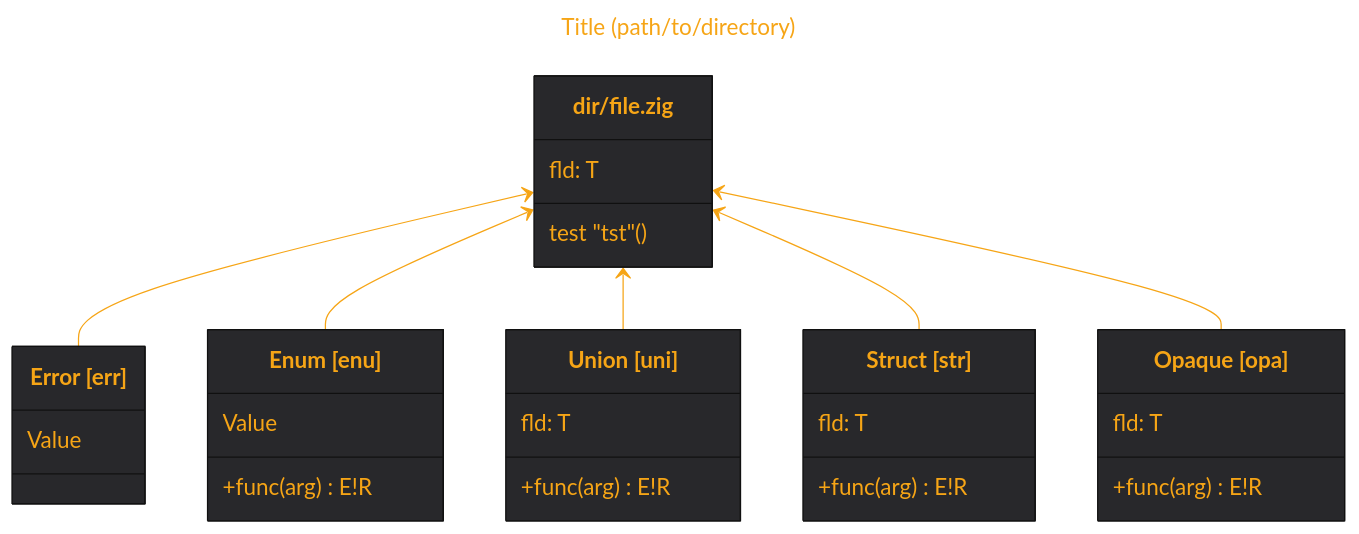
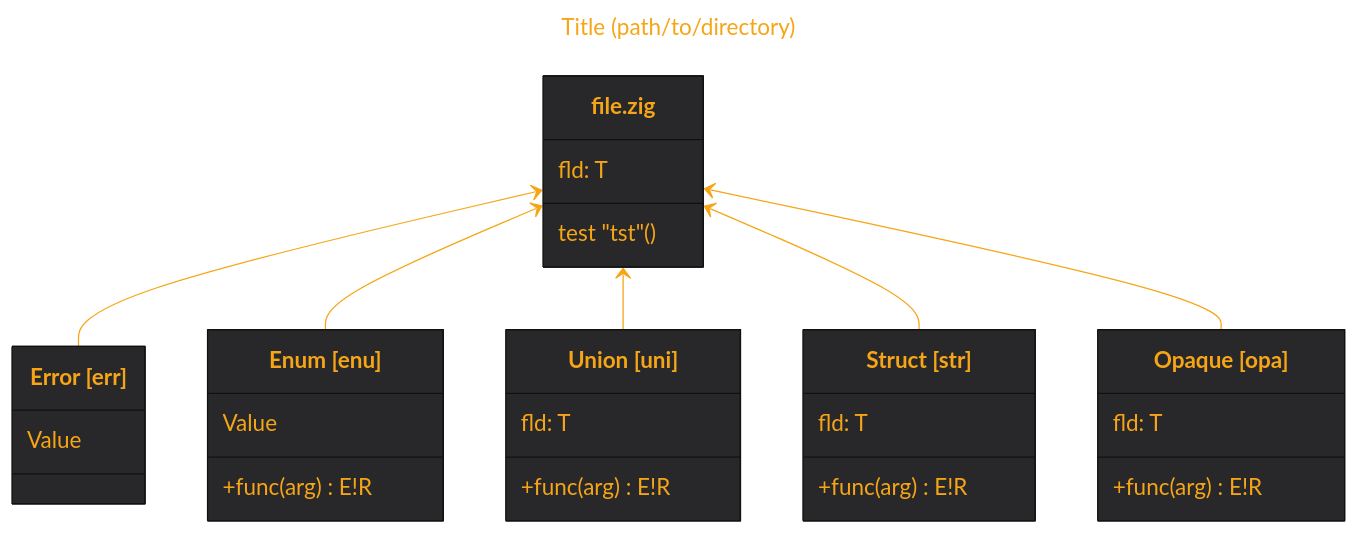
One commit to tensorush/meduza changed the diagram in README.md. Above: the diagram before and after it, drawn with Mermaid. The commit also changed other lines of this file and 21 other files, not shown here.

````diff
--- a/README.md
+++ b/README.md
@@ -67,46 +67,46 @@
 ```mermaid
 ---
 title: Title (path/to/directory)
 ---
 %%{
     init: {
         'theme': 'base',
         'themeVariables': {
             'fontSize': '18px',
             'fontFamily': 'arial',
             'lineColor': '#F6A516',
             'primaryColor': '#28282B',
             'primaryTextColor': '#F6A516'
         }
     }
 }%%
 classDiagram
-class `dir/file.zig` {
+class `file.zig` {
     fld: T
     test "tst"()
 }
 class Error["Error [err]"] {
     Value
 }
 class Enum["Enum [enu]"] {
     Value
     +func(arg) E!R
 }
 class Union["Union [uni]"] {
     fld: T
     +func(arg) E!R
 }
 class Struct["Struct [str]"] {
     fld: T
     +func(arg) E!R
 }
 class Opaque["Opaque [opa]"] {
     fld: T
     +func(arg) E!R
 }
-`dir/file.zig` <-- Error
-`dir/file.zig` <-- Enum
-`dir/file.zig` <-- Union
-`dir/file.zig` <-- Struct
-`dir/file.zig` <-- Opaque
+`file.zig` <-- Error
+`file.zig` <-- Enum
+`file.zig` <-- Union
+`file.zig` <-- Struct
+`file.zig` <-- Opaque
 ```
````
